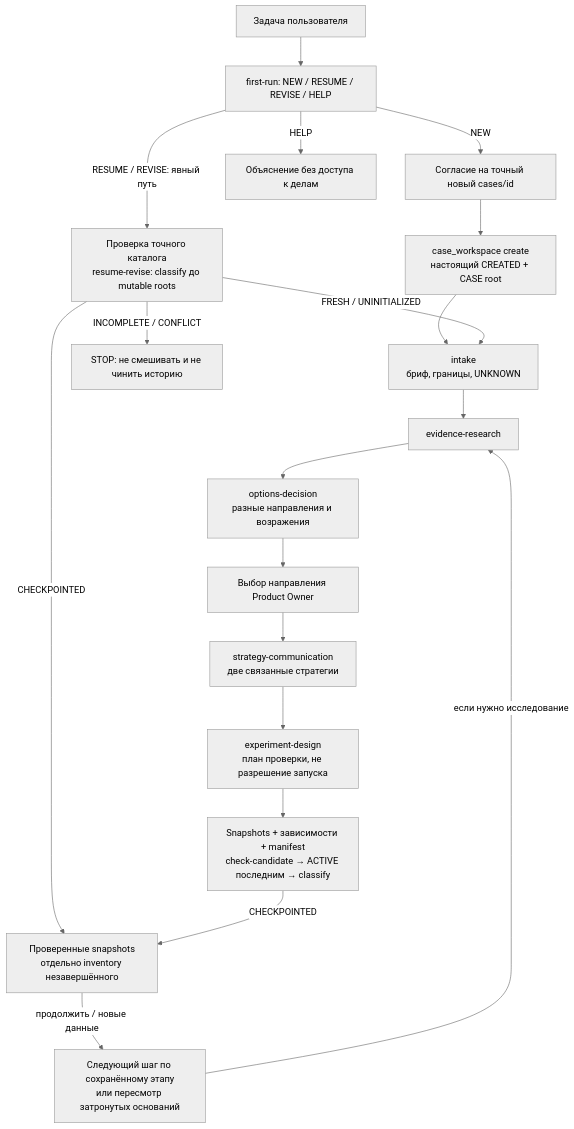
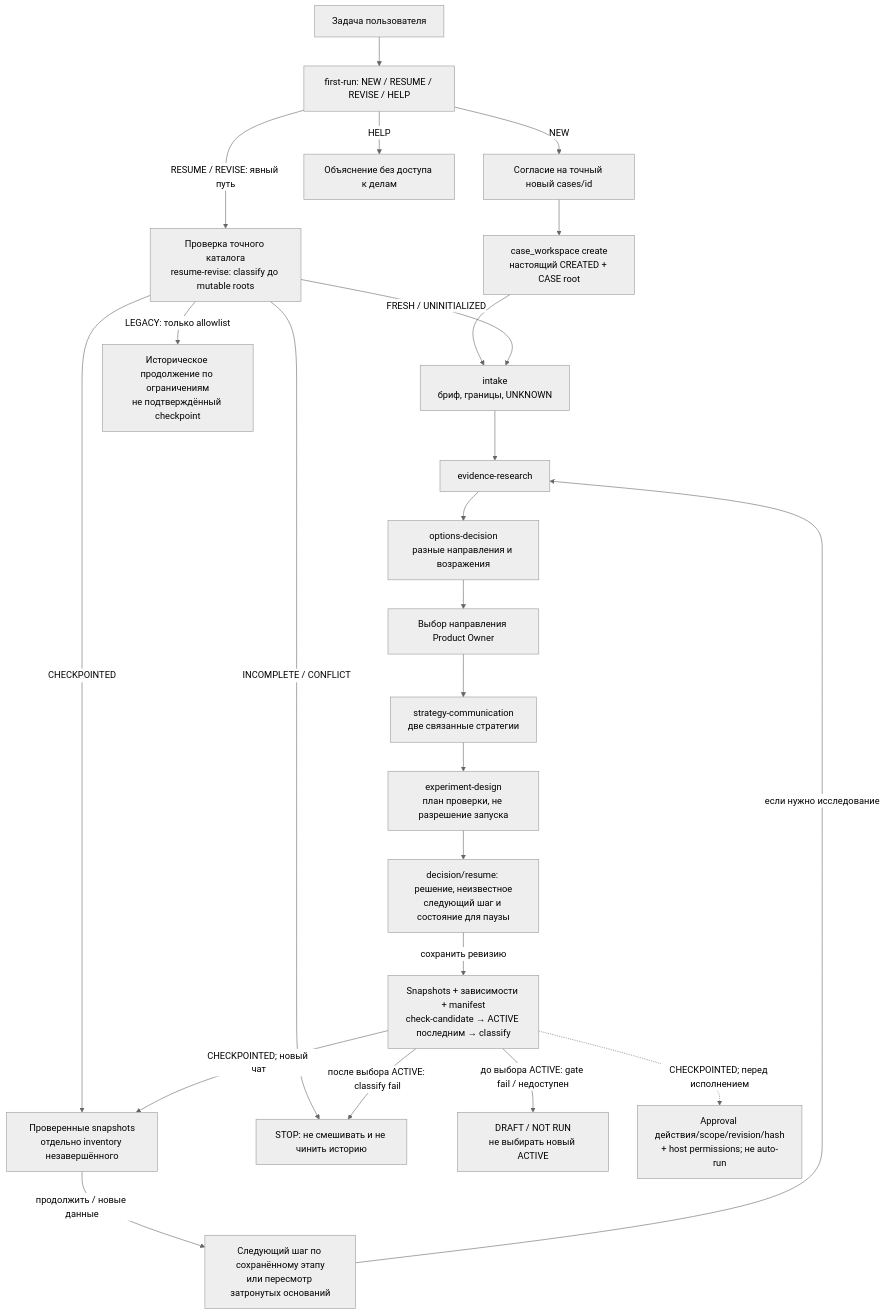
One commit to EdYaRdx/megafon_hack changed the second of 2 diagrams in docs/architecture.md. Above: the diagram before and after it, drawn with Mermaid (neutral theme). The commit also changed other lines of this file and 17 other files, not shown here.

````diff
--- a/docs/architecture.md
+++ b/docs/architecture.md
@@ -45,21 +45,26 @@
 ```mermaid
 flowchart TD
   Q["Задача пользователя"] --> ROUTE["first-run: NEW / RESUME / REVISE / HELP"]
   ROUTE -->|"NEW"| CONSENT["Согласие на точный новый cases/id"]
   CONSENT --> CREATE["case_workspace create<br/>настоящий CREATED + CASE root"]
   CREATE --> INTAKE["intake<br/>бриф, границы, UNKNOWN"]
   ROUTE -->|"RESUME / REVISE: явный путь"| EXIST["Проверка точного каталога<br/>resume-revise: classify до mutable roots"]
   EXIST -->|"FRESH / UNINITIALIZED"| INTAKE
   EXIST -->|"CHECKPOINTED"| RESTORE["Проверенные snapshots<br/>отдельно inventory незавершённого"]
   EXIST -->|"INCOMPLETE / CONFLICT"| STOP["STOP: не смешивать и не чинить историю"]
+  EXIST -->|"LEGACY: только allowlist"| LEGACY["Историческое продолжение по ограничениям<br/>не подтверждённый checkpoint"]
   ROUTE -->|"HELP"| HELP["Объяснение без доступа к делам"]
   INTAKE --> E["evidence-research"]
   E --> O["options-decision<br/>разные направления и возражения"]
   O --> OWNER["Выбор направления Product Owner"]
   OWNER --> STR["strategy-communication<br/>две связанные стратегии"]
   STR --> EXP["experiment-design<br/>план проверки, не разрешение запуска"]
-  EXP --> SAVE["Snapshots + зависимости + manifest<br/>check-candidate → ACTIVE последним → classify"]
-  SAVE -->|"CHECKPOINTED"| RESTORE
+  EXP --> DEC["decision/resume: решение, неизвестное<br/>следующий шаг и состояние для паузы"]
+  DEC -->|"сохранить ревизию"| SAVE["Snapshots + зависимости + manifest<br/>check-candidate → ACTIVE последним → classify"]
+  SAVE -->|"CHECKPOINTED; новый чат"| RESTORE
+  SAVE -->|"до выбора ACTIVE: gate fail / недоступен"| DRAFT["DRAFT / NOT RUN<br/>не выбирать новый ACTIVE"]
+  SAVE -->|"после выбора ACTIVE: classify fail"| STOP
+  SAVE -.->|"CHECKPOINTED; перед исполнением"| APPROVAL["Approval действия/scope/revision/hash<br/>+ host permissions; не auto-run"]
   RESTORE -->|"продолжить / новые данные"| NEXT["Следующий шаг по сохранённому этапу<br/>или пересмотр затронутых оснований"]
   NEXT -->|"если нужно исследование"| E
 ```
````
